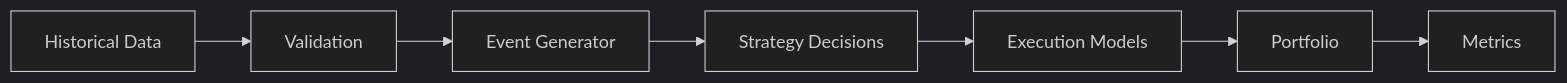
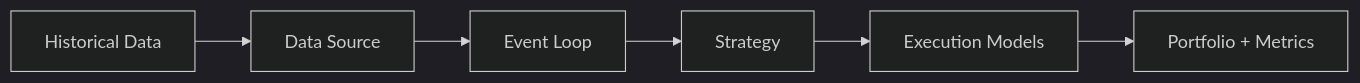
One commit to gregorian-09/regime-flow changed the diagram in docs/explanation/backtest-methodology.md. Above: the diagram before and after it, drawn with Mermaid (dark theme). The commit also changed other lines of this file and 58 other files, not shown here.

````diff
--- a/docs/explanation/backtest-methodology.md
+++ b/docs/explanation/backtest-methodology.md
@@ -15,9 +7,8 @@
 ```mermaid
 flowchart LR
-  A[Historical Data] --> B[Validation]
-  B --> C[Event Generator]
-  C --> D[Strategy Decisions]
+  A[Historical Data] --> B[Data Source]
+  B --> C[Event Loop]
+  C --> D[Strategy]
   D --> E[Execution Models]
-  E --> F[Portfolio]
-  F --> G[Metrics]
+  E --> F[Portfolio + Metrics]
 ```
````
